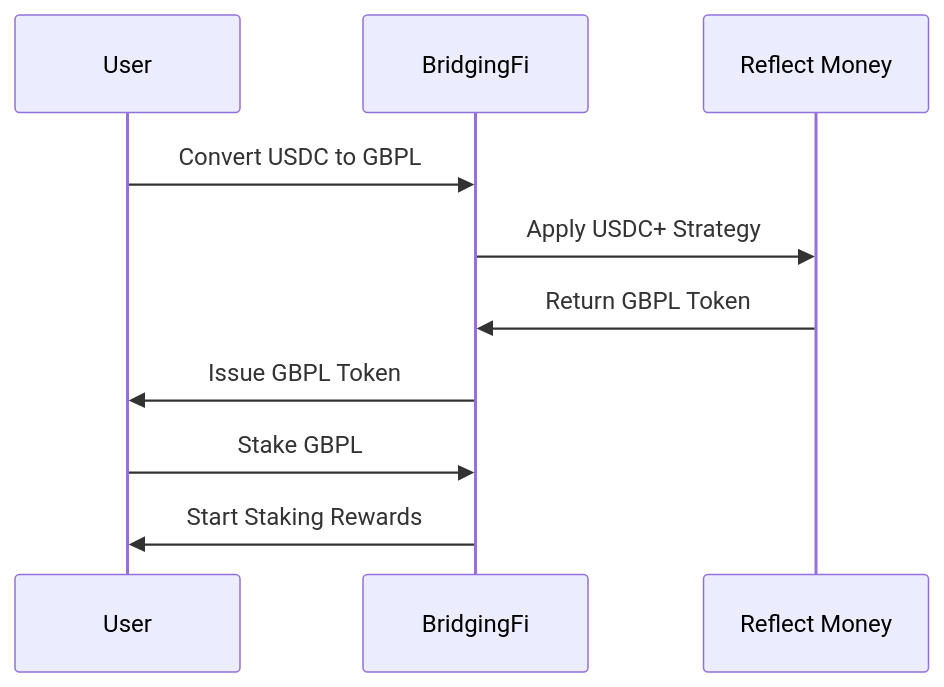
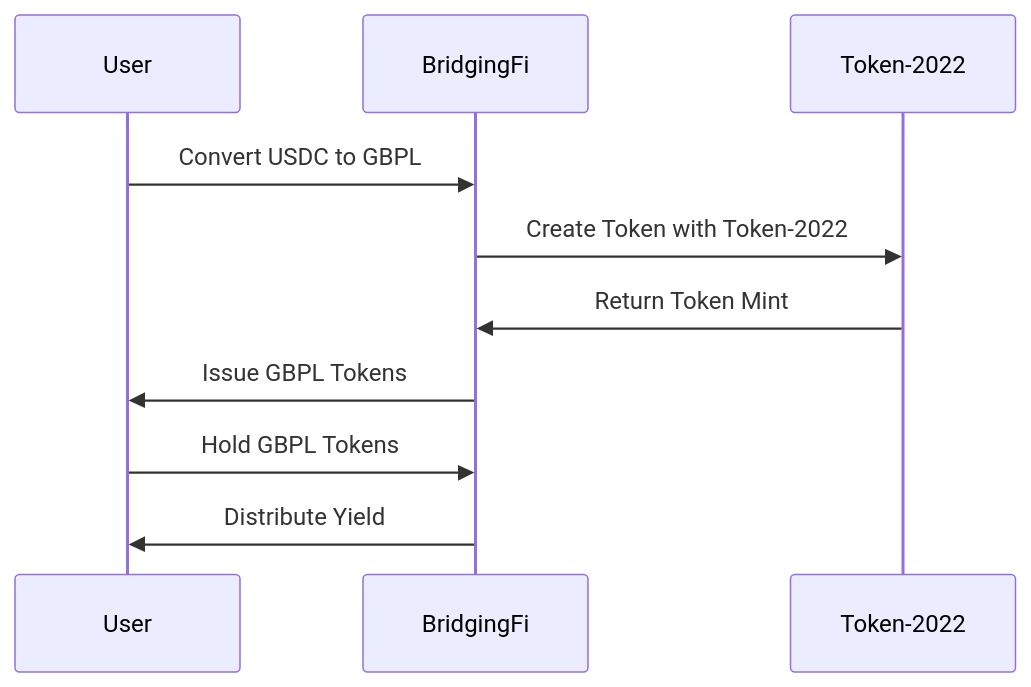
The second of 3 diagrams in README.md (BridgingFi/solpunk), drawn with Mermaid before and after one commit. The commit also changed other lines of this file and 12 other files, not shown here.

Commit message:
script to deploy GBPL on devnet using TOKEN-2022

````diff
--- a/README.md
+++ b/README.md
@@ -81,13 +84,13 @@
 ```mermaid
 sequenceDiagram
     participant U as User
     participant S as BridgingFi
-    participant R as Reflect Money
+    participant T as Token-2022
 
     U->>S: Convert USDC to GBPL
-    S->>R: Apply USDC+ Strategy
-    R->>S: Return GBPL Token
-    S->>U: Issue GBPL Token
-    U->>S: Stake GBPL
-    S->>U: Start Staking Rewards
+    S->>T: Create Token with Token-2022
+    T->>S: Return Token Mint
+    S->>U: Issue GBPL Tokens
+    U->>S: Hold GBPL Tokens
+    S->>U: Distribute Yield
 ```
````
